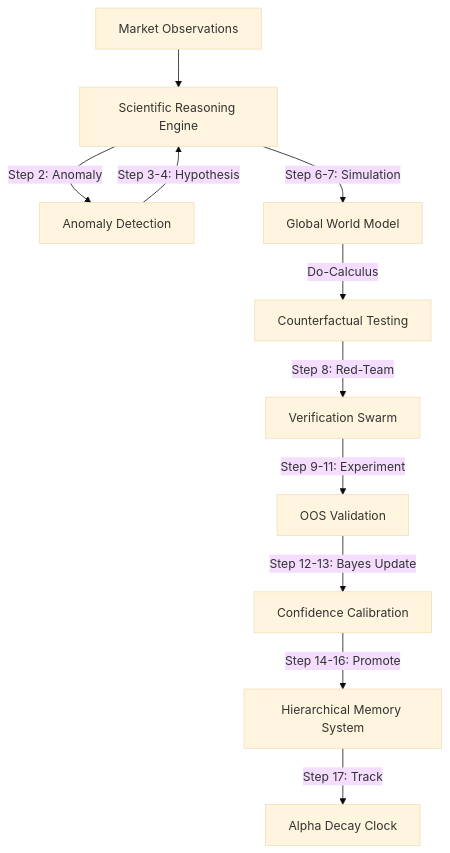
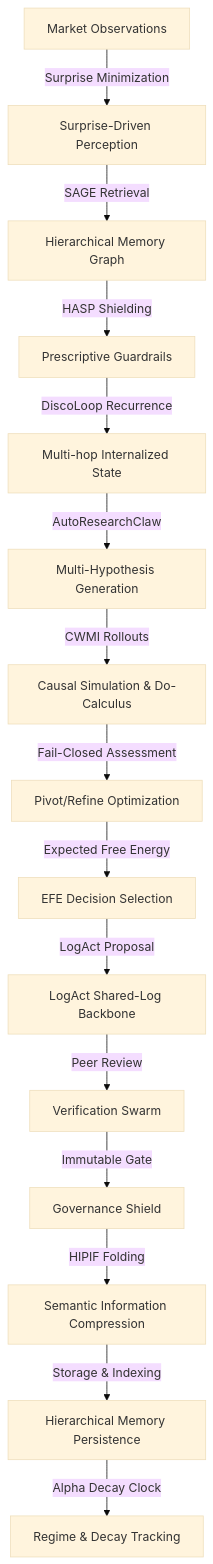
The first of 2 diagrams in SCIENTIFIC_FOUNDATION_2026/HYPOTHESIS_ECOSYSTEM_AUDIT_2026.md (CodeCrazeCodeCrazeDev/tradingbot), drawn with Mermaid (base theme) before and after one commit. The commit also changed other lines of this file and 7 other files, not shown here.

First line of the commit message:
Complete scientific audit, validation, and architectural redesign of AlphaAlgo's hypothesis ecosystem.

````diff
--- a/SCIENTIFIC_FOUNDATION_2026/HYPOTHESIS_ECOSYSTEM_AUDIT_2026.md
+++ b/SCIENTIFIC_FOUNDATION_2026/HYPOTHESIS_ECOSYSTEM_AUDIT_2026.md
@@ -13,13 +18,17 @@
 ```mermaid
 graph TD
-    Obs[Market Observations] --> SRE[Scientific Reasoning Engine]
-    SRE --> |Step 2: Anomaly| Anom[Anomaly Detection]
-    Anom --> |Step 3-4: Hypothesis| SRE
-    SRE --> |Step 6-7: Simulation| GWM[Global World Model]
-    GWM --> |Do-Calculus| Counter[Counterfactual Testing]
-    Counter --> |Step 8: Red-Team| Swarm[Verification Swarm]
-    Swarm --> |Step 9-11: Experiment| Backtest[OOS Validation]
-    Backtest --> |Step 12-13: Bayes Update| Calibrate[Confidence Calibration]
-    Calibrate --> |Step 14-16: Promote| HMS[Hierarchical Memory System]
-    HMS --> |Step 17: Track| Drift[Alpha Decay Clock]
+    Obs[Market Observations] -->|Surprise Minimization| Percept[Surprise-Driven Perception]
+    Percept -->|SAGE Retrieval| SAGE[Hierarchical Memory Graph]
+    SAGE -->|HASP Shielding| HASP[Prescriptive Guardrails]
+    HASP -->|DiscoLoop Recurrence| Disco[Multi-hop Internalized State]
+    Disco -->|AutoResearchClaw| MultiHyp[Multi-Hypothesis Generation]
+    MultiHyp -->|CWMI Rollouts| Sim[Causal Simulation & Do-Calculus]
+    Sim -->|Fail-Closed Assessment| Pivot[Pivot/Refine Optimization]
+    Pivot -->|Expected Free Energy| Selection[EFE Decision Selection]
+    Selection -->|LogAct Proposal| SharedLog[LogAct Shared-Log Backbone]
+    SharedLog -->|Peer Review| Swarm[Verification Swarm]
+    Swarm -->|Immutable Gate| Shield[Governance Shield]
+    Shield -->|HIPIF Folding| Fold[Semantic Information Compression]
+    Fold -->|Storage & Indexing| HMS[Hierarchical Memory Persistence]
+    HMS -->|Alpha Decay Clock| Drift[Regime & Decay Tracking]
 ```
````
